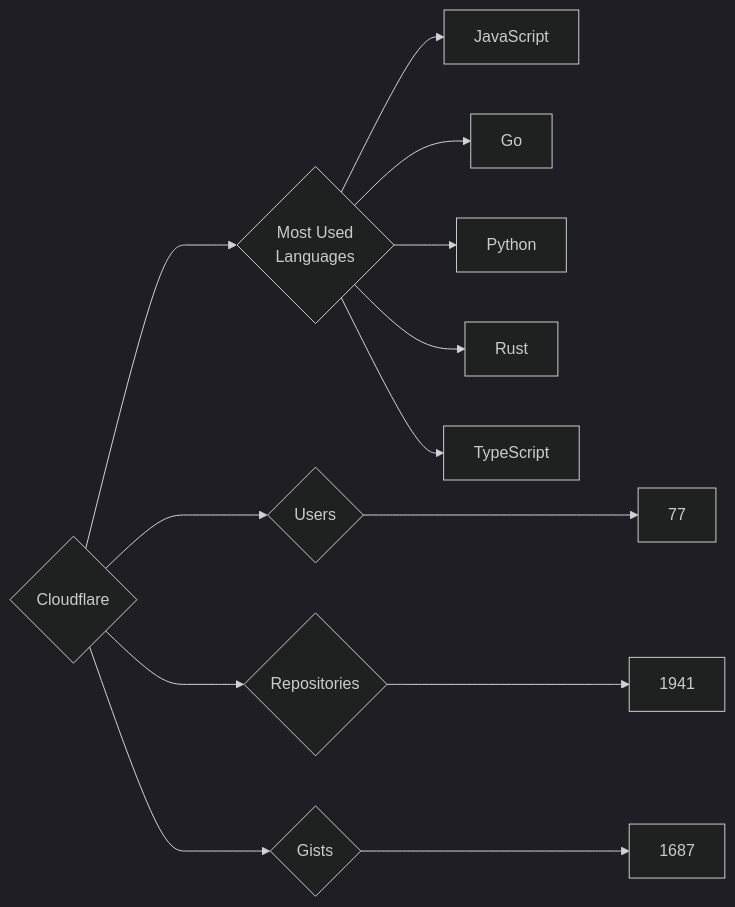
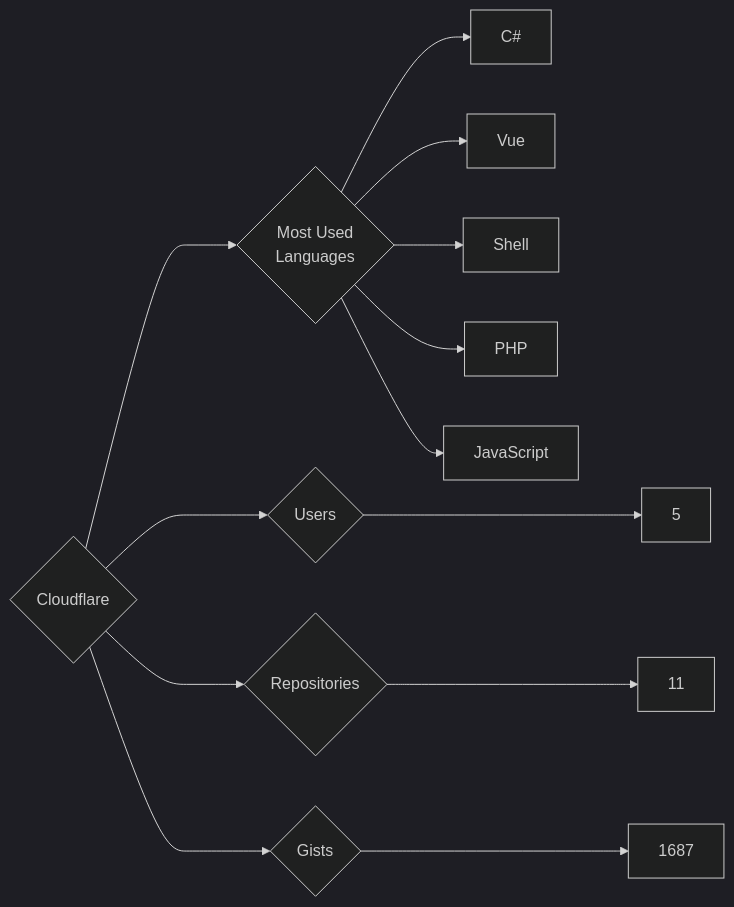
The diagram in targets/Cloudflare/README.md (trickest/insiders), drawn with Mermaid (dark theme) before and after one commit. The commit also changed 934 other files, not shown here.

````diff
--- a/targets/Cloudflare/README.md
+++ b/targets/Cloudflare/README.md
@@ -3,13 +3,13 @@
 ```mermaid
 graph LR
 COMPANY_NAME{Cloudflare}
-COMPANY_NAME ---> U{Users} ---> UN[77]
-COMPANY_NAME ---> R{Repositories} ---> RN[1941]
+COMPANY_NAME ---> U{Users} ---> UN[5]
+COMPANY_NAME ---> R{Repositories} ---> RN[11]
 COMPANY_NAME ---> G{Gists} ---> GN[1687]
 COMPANY_NAME ---> ML{Most Used<br>Languages}
+ML --> C#[C#]
+ML --> Vue[Vue]
+ML --> Shell[Shell]
+ML --> PHP[PHP]
 ML --> JavaScript[JavaScript]
-ML --> Go[Go]
-ML --> Python[Python]
-ML --> Rust[Rust]
-ML --> TypeScript[TypeScript]
 ```
````
